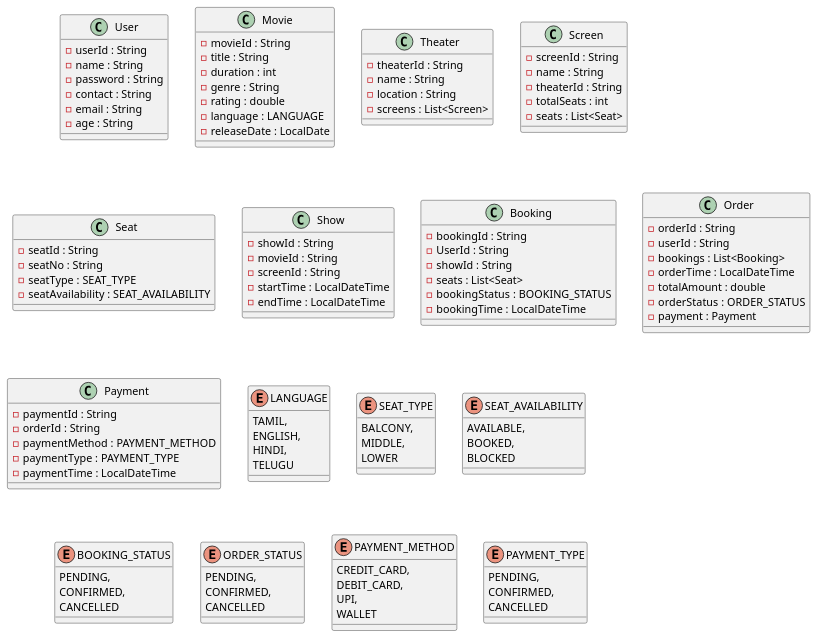
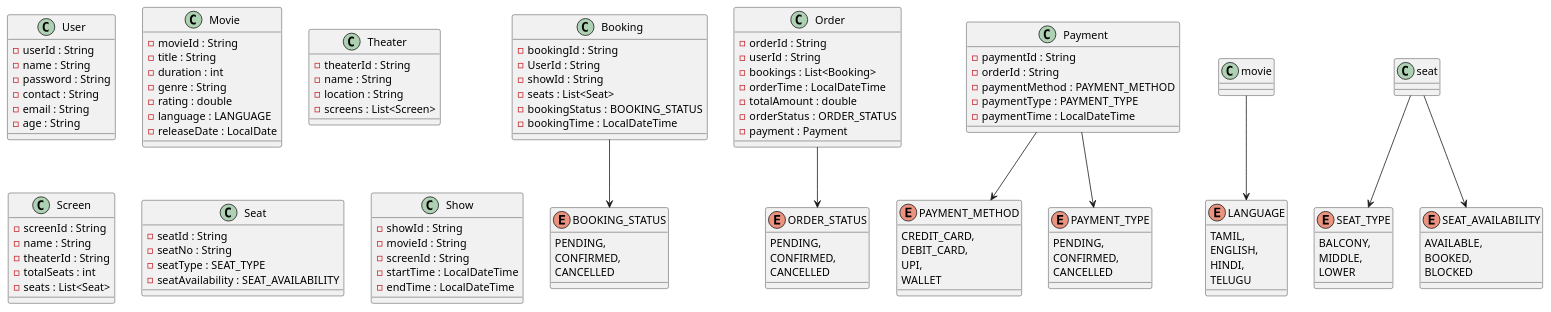
Before and after one commit to HariramB01/Low-Level-Design: the diagram in MovieTicketBookingSystem/MovieTicketBookingSystem_UML_Diagram.puml, drawn with PlantUML.

Commit message:
Movie Ticket Booking System

```diff
--- a/MovieTicketBookingSystem/MovieTicketBookingSystem_UML_Diagram.puml
+++ b/MovieTicketBookingSystem/MovieTicketBookingSystem_UML_Diagram.puml
@@ -1,126 +1,172 @@
 @startuml
 'https://plantuml.com/class-diagram
 
 class User{
 - userId : String
 - name : String
 - password : String
 - contact : String
 - email : String
 - age : String
 }
 
 class Movie{
 - movieId : String
 - title : String
 - duration : int
 - genre : String
 - rating : double
 - language : LANGUAGE
 - releaseDate : LocalDate
 }
 
 class Theater{
 - theaterId : String
 - name : String
 - location : String
 - screens : List<Screen>
 }
 
 class Screen{
 - screenId : String
 - name : String
 - theaterId : String
 - totalSeats : int
 - seats : List<Seat>
 }
 
 class Seat{
 - seatId : String
 - seatNo : String
 - seatType : SEAT_TYPE
 - seatAvailability : SEAT_AVAILABILITY
 }
 
 class Show{
 - showId : String
 - movieId : String
 - screenId : String
 - startTime : LocalDateTime
 - endTime : LocalDateTime
 }
 
 class Booking{
 - bookingId : String
 - UserId : String
 - showId : String
 - seats : List<Seat>
 - bookingStatus : BOOKING_STATUS
 - bookingTime : LocalDateTime
 }
 
 class Order{
 - orderId : String
 - userId : String
 - bookings : List<Booking>
 - orderTime : LocalDateTime
 - totalAmount : double
 - orderStatus : ORDER_STATUS
 - payment : Payment
 }
 
 class Payment{
 - paymentId : String
 - orderId : String
 - paymentMethod : PAYMENT_METHOD
 - paymentType : PAYMENT_TYPE
 - paymentTime : LocalDateTime
 }
 
 
 
 enum LANGUAGE{
 TAMIL,
 ENGLISH,
 HINDI,
 TELUGU
 }
 
 enum SEAT_TYPE{
 BALCONY,
 MIDDLE,
 LOWER
 }
 
 enum SEAT_AVAILABILITY{
 AVAILABLE,
 BOOKED,
 BLOCKED
 }
 
 enum BOOKING_STATUS{
 PENDING,
 CONFIRMED,
 CANCELLED
 }
 
 enum ORDER_STATUS{
 PENDING,
 CONFIRMED,
 CANCELLED
 }
 
 enum PAYMENT_METHOD{
 CREDIT_CARD,
 DEBIT_CARD,
 UPI,
 WALLET
 }
 
 enum PAYMENT_TYPE{
 PENDING,
 CONFIRMED,
 CANCELLED
 }
 
+
+movie --> LANGUAGE
+Booking --> BOOKING_STATUS
+Order --> ORDER_STATUS
+Payment --> PAYMENT_TYPE
+Payment --> PAYMENT_METHOD
+seat --> SEAT_AVAILABILITY
+seat --> SEAT_TYPE
+
+
+'Theater *-- Screen
+'Seat --* Screen
+'Show o-- Movie
+'Show o-- Screen
+
+
+'Screen table contains theaterId
+'Theater can exist without Screen
+'That is why it is aggregation
+'Screen *-- Theater
+
+
+
+'Booking table contains userId
+'User can exist without booking
+'That is why it is aggregation
+'Booking o-- User
+'Booking table contains showId
+'Show can exist without Booking
+'That is why it is aggregation
+'Booking o-- Show
+'Order table contains userId
+'User can exist without Order
+'That is why it is aggregation
+'Order o-- UserId
+'Booking table contains List of Seats
+'Seat can exist without Booking
+'That is why it is aggregation
+'Booking o-- Seat
+
+
+
+
+
+
+
 @enduml
```
